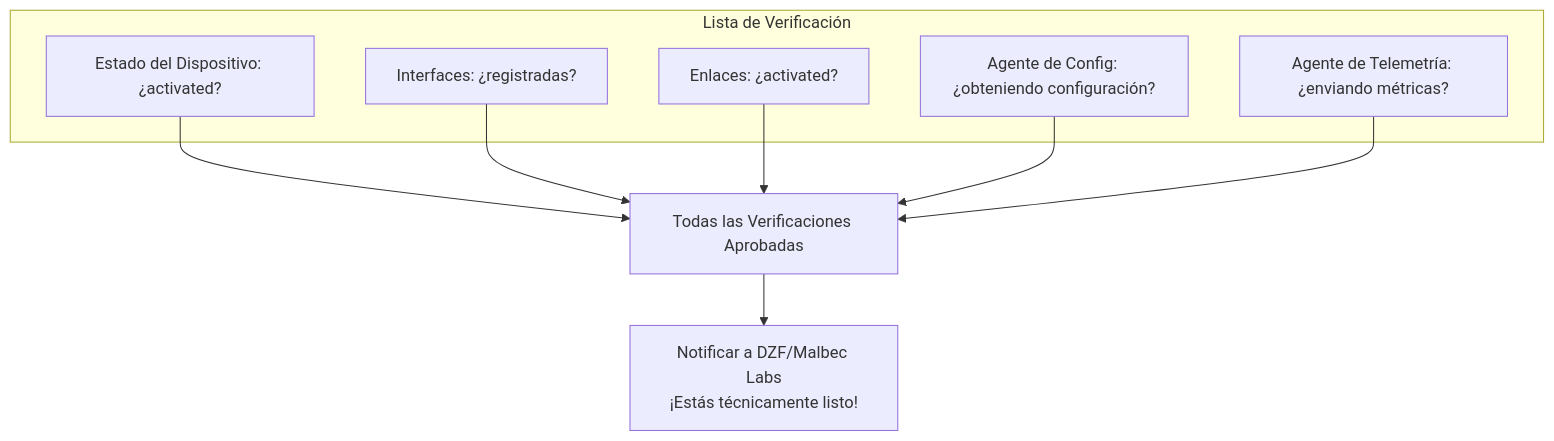
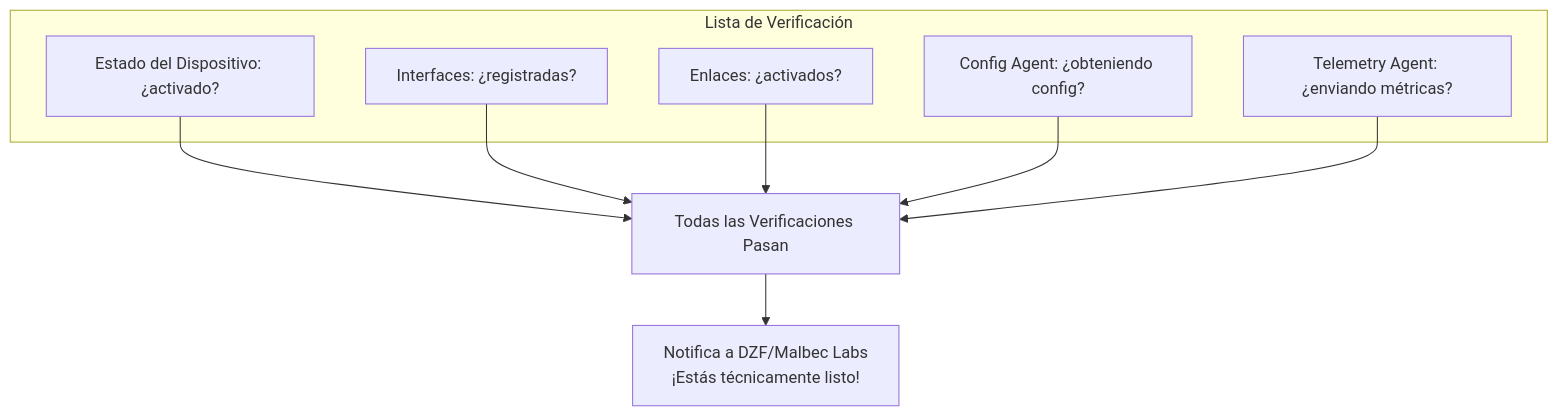
Before and after one commit to malbeclabs/docs: diagram 13 of 13 in docs/contribute-provisioning.es.md, drawn with Mermaid. The commit also changed other lines of this file and 130 other files, not shown here.

````diff
--- a/docs/contribute-provisioning.es.md
+++ b/docs/contribute-provisioning.es.md
@@ -1032,18 +1032,18 @@
 ```mermaid
 flowchart TB
     subgraph "Lista de Verificación"
-        D[Estado del Dispositivo: ¿activated?]
+        D[Estado del Dispositivo: ¿activado?]
         I[Interfaces: ¿registradas?]
-        L[Enlaces: ¿activated?]
-        CA[Agente de Config: ¿obteniendo configuración?]
-        TA[Agente de Telemetría: ¿enviando métricas?]
+        L[Enlaces: ¿activados?]
+        CA[Config Agent: ¿obteniendo config?]
+        TA[Telemetry Agent: ¿enviando métricas?]
     end
 
     D --> PASS
     I --> PASS
     L --> PASS
     CA --> PASS
     TA --> PASS
 
-    PASS[Todas las Verificaciones Aprobadas] --> NOTIFY[Notificar a DZF/Malbec Labs<br/>¡Estás técnicamente listo!]
+    PASS[Todas las Verificaciones Pasan] --> NOTIFY[Notifica a DZF/Malbec Labs<br/>¡Estás técnicamente listo!]
 ```
````
